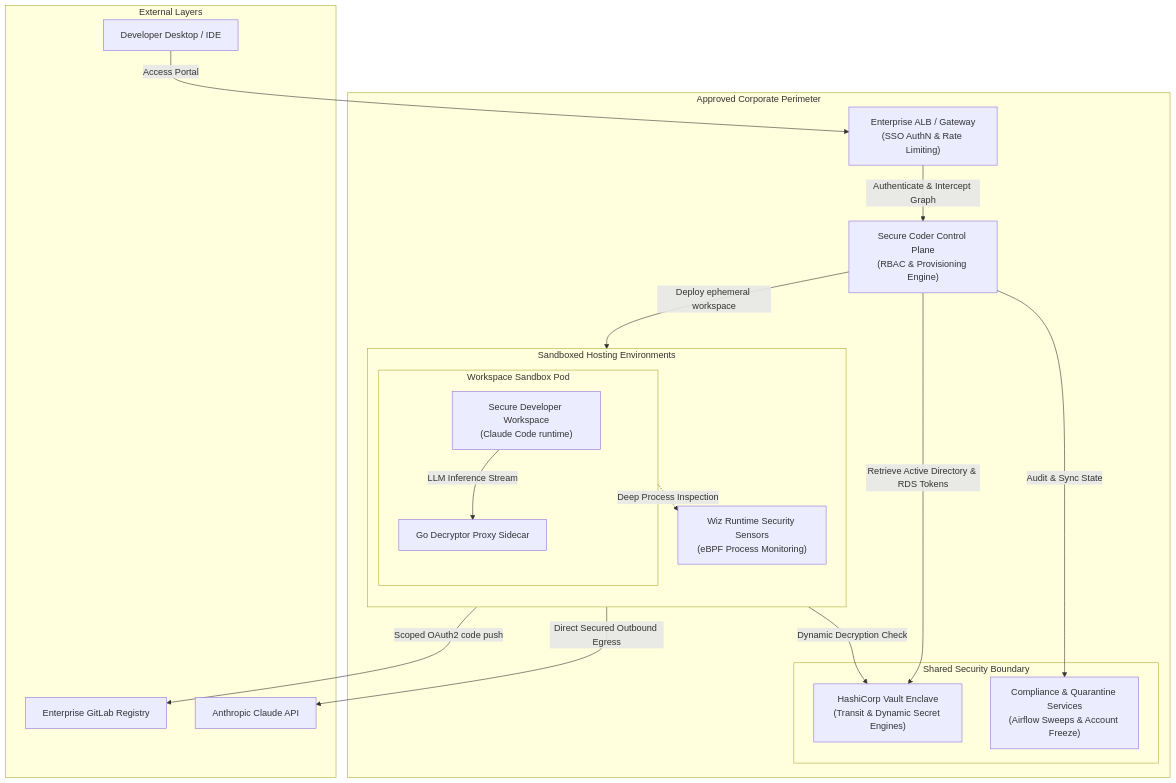
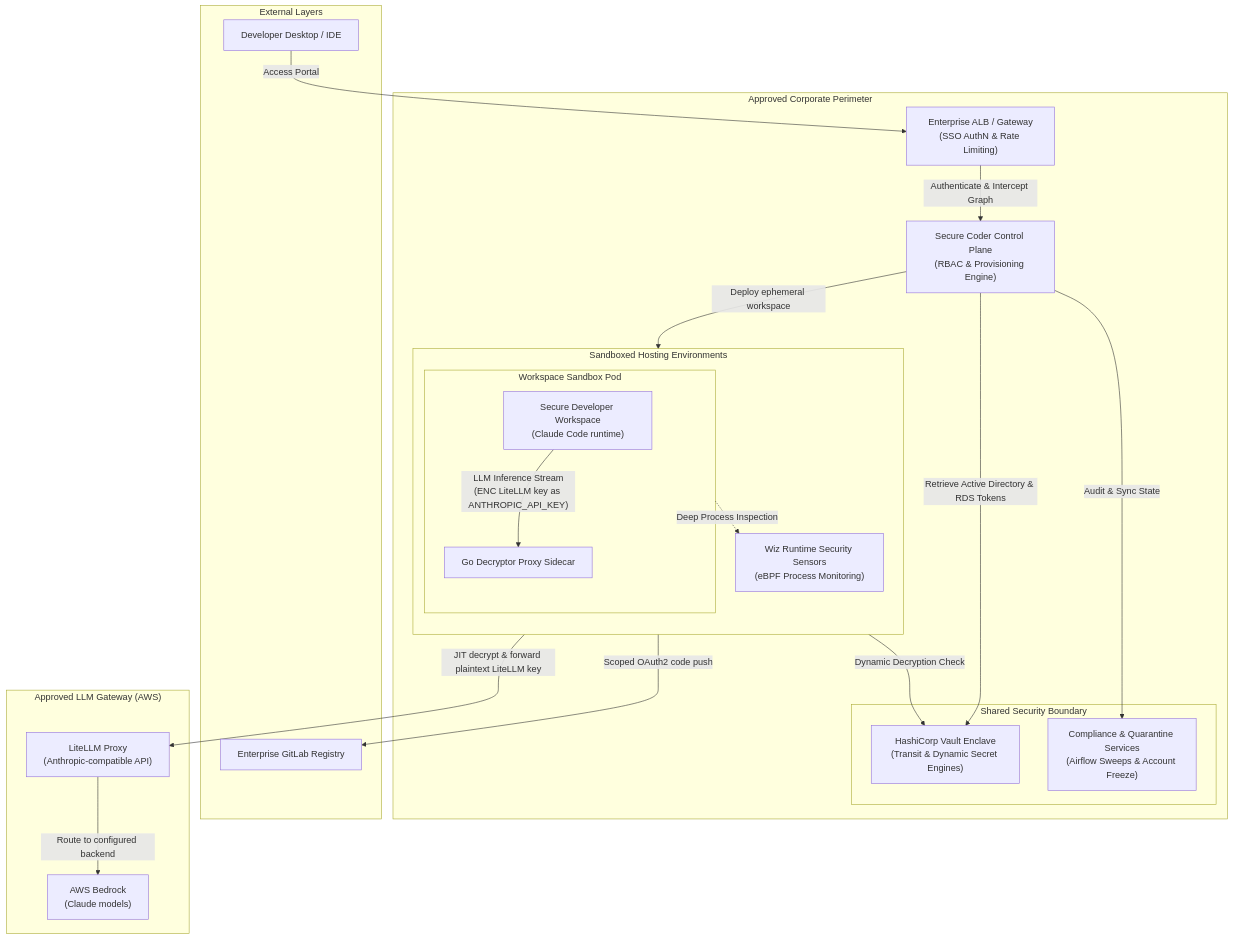
One commit to IshentRas/test changed the first of 3 diagrams in security.md. Above: the diagram before and after it, drawn with Mermaid. The commit also changed other lines of this file and 2 other files, not shown here.

First line of the commit message:
Clarify LLM routing as LiteLLM proxy to AWS Bedrock.

````diff
--- a/security.md
+++ b/security.md
@@ -16,40 +16,45 @@
 ```mermaid
 graph TB
     subgraph Corporate_Boundary ["Approved Corporate Perimeter"]
         ALB["Enterprise ALB / Gateway<br>(SSO AuthN & Rate Limiting)"]
         Control["Secure Coder Control Plane<br>(RBAC & Provisioning Engine)"]
         
         subgraph Security_Services ["Shared Security Boundary"]
             Vault["HashiCorp Vault Enclave<br>(Transit & Dynamic Secret Engines)"]
             Compliance["Compliance & Quarantine Services<br>(Airflow Sweeps & Account Freeze)"]
         end
 
         subgraph K8s_OCP_Hosts ["Sandboxed Hosting Environments"]
             direction TB
             subgraph Workspace_Pod ["Workspace Sandbox Pod"]
                 Workspace["Secure Developer Workspace<br>(Claude Code runtime)"]
                 GoProxy["Go Decryptor Proxy Sidecar"]
             end
             Wiz["Wiz Runtime Security Sensors<br>(eBPF Process Monitoring)"]
         end
     end
 
     subgraph External_Network ["External Layers"]
         Dev["Developer Desktop / IDE"]
         GitLab["Enterprise GitLab Registry"]
-        Anthropic["Anthropic Claude API"]
+    end
+
+    subgraph LLM_Gateway ["Approved LLM Gateway (AWS)"]
+        LiteLLM["LiteLLM Proxy<br>(Anthropic-compatible API)"]
+        Bedrock["AWS Bedrock<br>(Claude models)"]
     end
 
     %% Flow connections
     Dev -->|Access Portal| ALB
     ALB -->|Authenticate & Intercept Graph| Control
     Control -->|Audit & Sync State| Compliance
     Control -->|Retrieve Active Directory & RDS Tokens| Vault
     Control -->|Deploy ephemeral workspace| K8s_OCP_Hosts
     
     Workspace_Pod -.->|Deep Process Inspection| Wiz
     Workspace -->|Scoped OAuth2 code push| GitLab
-    Workspace -->|LLM Inference Stream| GoProxy
+    Workspace -->|"LLM Inference Stream<br>(ENC LiteLLM key as ANTHROPIC_API_KEY)"| GoProxy
     GoProxy -->|Dynamic Decryption Check| Vault
-    GoProxy -->|Direct Secured Outbound Egress| Anthropic
+    GoProxy -->|JIT decrypt & forward plaintext LiteLLM key| LiteLLM
+    LiteLLM -->|Route to configured backend| Bedrock
 ```
````
